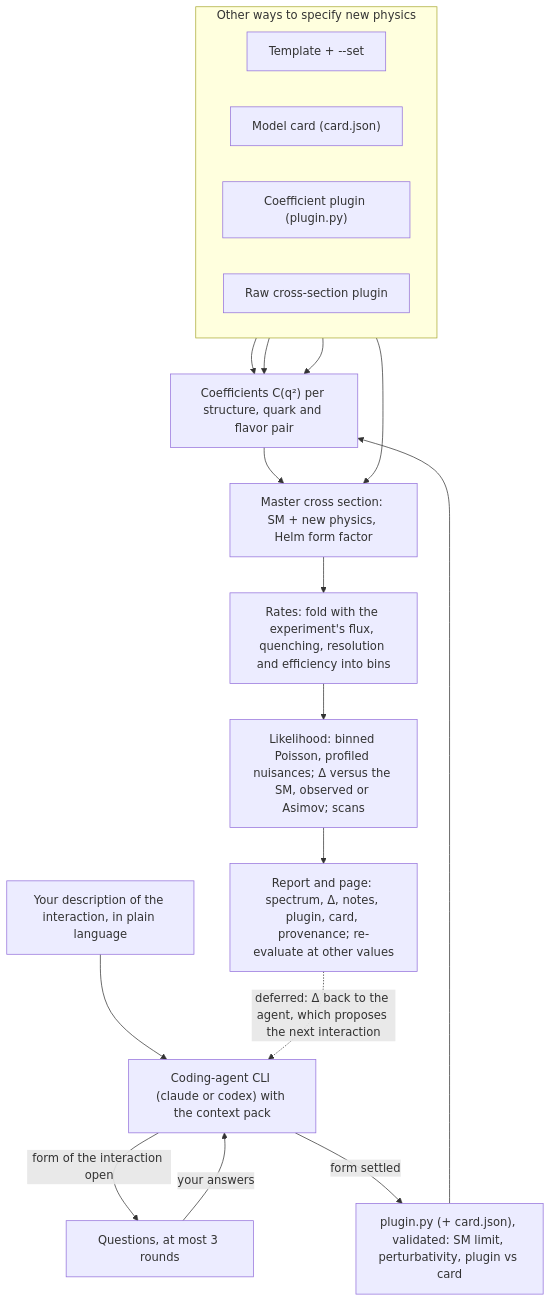
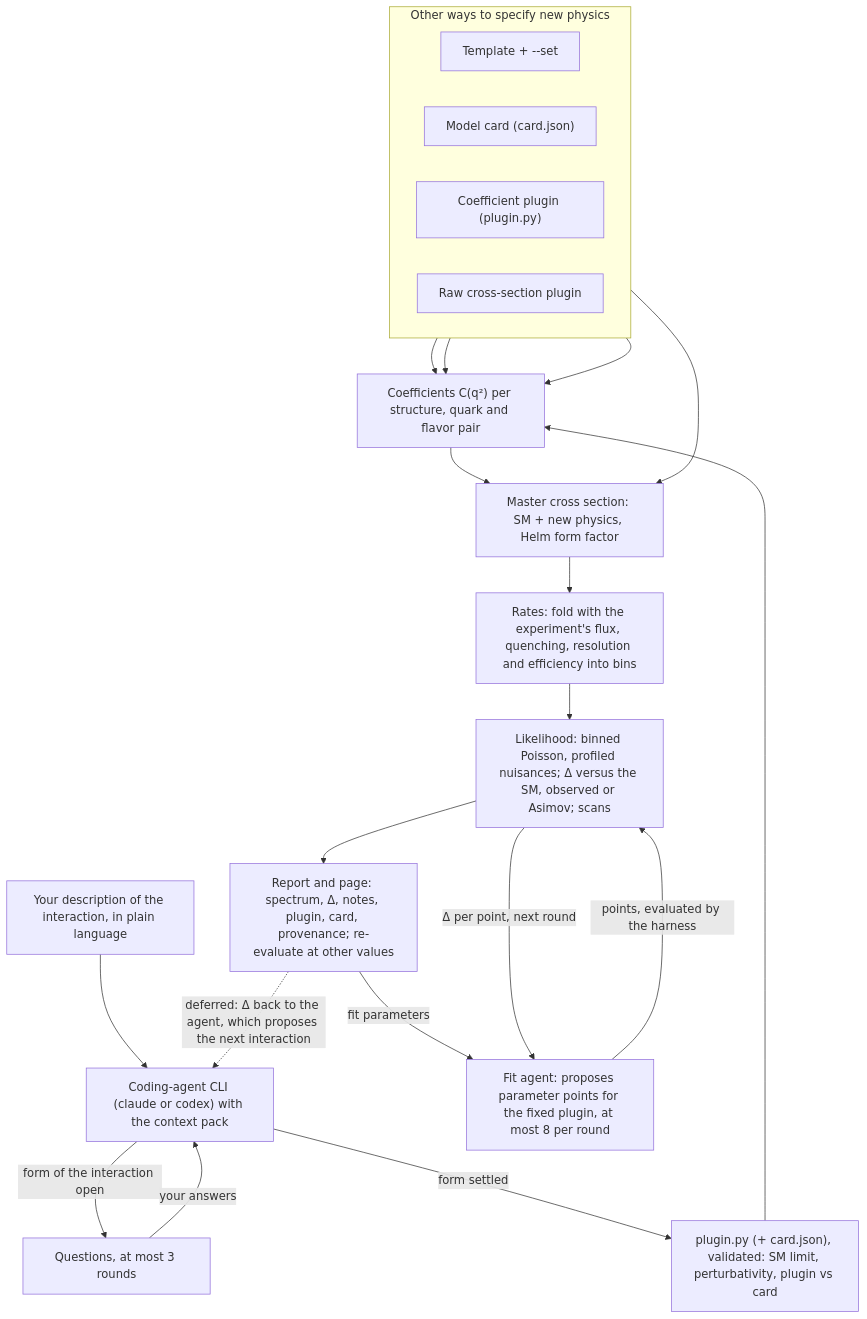
One commit to Ikaroshu/pyCEvNS changed the diagram in README.md. Above: the diagram before and after it, drawn with Mermaid. The commit also changed other lines of this file and 10 other files, not shown here.

First line of the commit message:
Add the agent parameter fit loop (M8)

````diff
--- a/README.md
+++ b/README.md
@@ -17,24 +17,27 @@
 ```mermaid
 flowchart TD
     D["Your description of the interaction, in plain language"] --> A["Coding-agent CLI (claude or codex) with the context pack"]
     A -- "form of the interaction open" --> Q["Questions, at most 3 rounds"]
     Q -- "your answers" --> A
     A -- "form settled" --> P["plugin.py (+ card.json), validated: SM limit, perturbativity, plugin vs card"]
     P --> C
     subgraph inputs ["Other ways to specify new physics"]
         direction LR
         I1["Template + --set"]
         I2["Model card (card.json)"]
         I3["Coefficient plugin (plugin.py)"]
         I4["Raw cross-section plugin"]
     end
     I1 --> C
     I2 --> C
     I3 --> C
     C["Coefficients C(q²) per structure, quark and flavor pair"] --> X["Master cross section: SM + new physics, Helm form factor"]
     I4 --> X
     X --> F["Rates: fold with the experiment's flux, quenching, resolution and efficiency into bins"]
     F --> L["Likelihood: binned Poisson, profiled nuisances; Δ versus the SM, observed or Asimov; scans"]
     L --> R["Report and page: spectrum, Δ, notes, plugin, card, provenance; re-evaluate at other values"]
+    R -- "fit parameters" --> FA["Fit agent: proposes parameter points for the fixed plugin, at most 8 per round"]
+    FA -- "points, evaluated by the harness" --> L
+    L -- "Δ per point, next round" --> FA
     R -. "deferred: Δ back to the agent, which proposes the next interaction" .-> A
 ```
````
